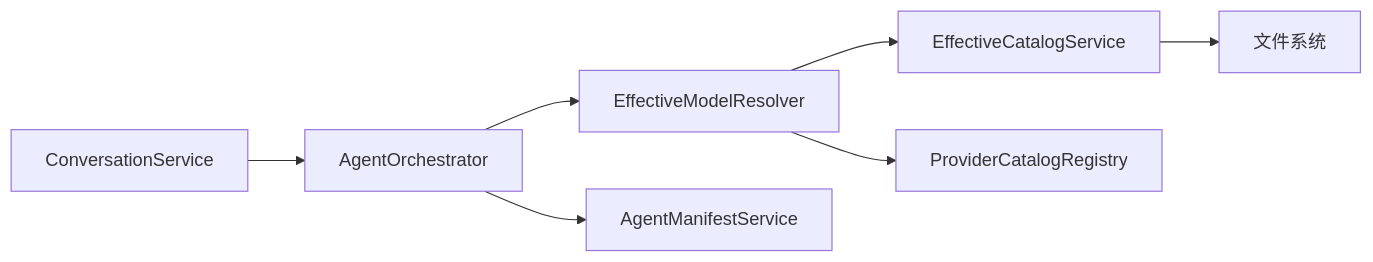
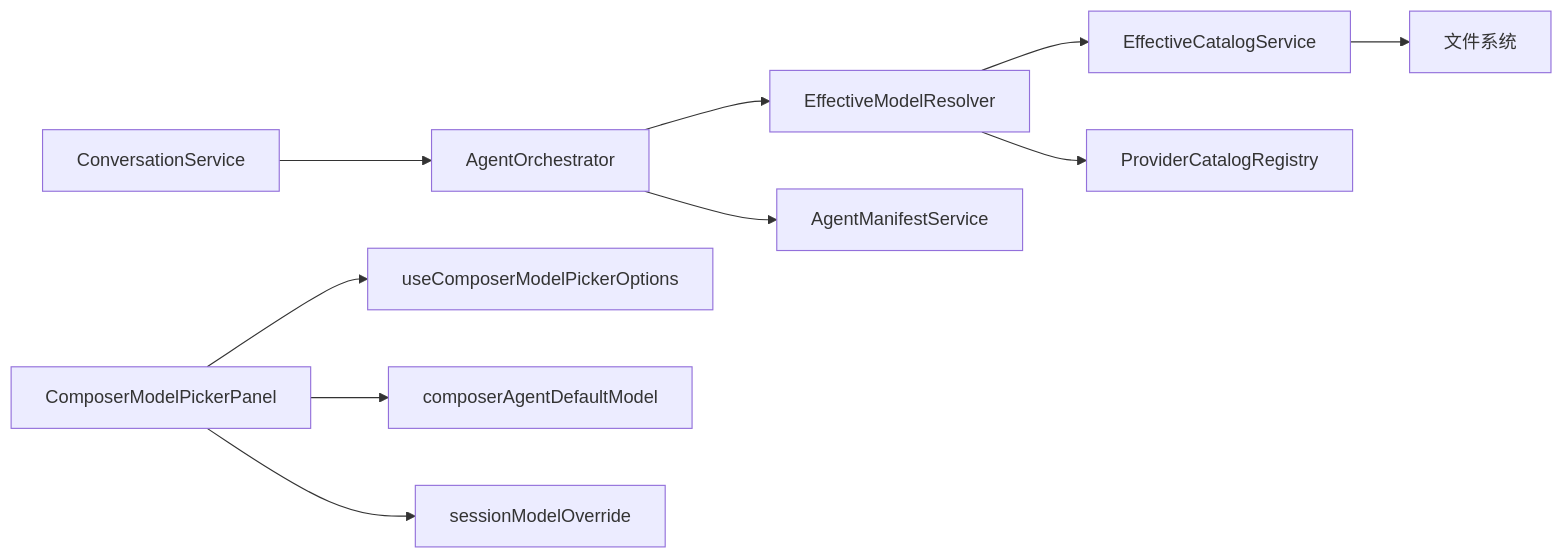
The tenth of 10 diagrams in .qoder/repowiki/zh/content/用户界面/对话编辑器/Agent 选择与配置.md (haolange/RDC-Agent), drawn with Mermaid before and after one commit. The commit also changed other lines of this file and 22 other files, not shown here.

````diff
--- a/.qoder/repowiki/zh/content/用户界面/对话编辑器/Agent 选择与配置.md
+++ b/.qoder/repowiki/zh/content/用户界面/对话编辑器/Agent 选择与配置.md
@@ -297,9 +353,12 @@
 ```mermaid
 graph LR
 CS["ConversationService"] --> AO["AgentOrchestrator"]
 AO --> EMR["EffectiveModelResolver"]
 AO --> AMS["AgentManifestService"]
 EMR --> ECS["EffectiveCatalogService"]
 EMR --> PCR["ProviderCatalogRegistry"]
 ECS --> FS["文件系统"]
+CMP["ComposerModelPickerPanel"] --> CMPO["useComposerModelPickerOptions"]
+CMP --> CAM["composerAgentDefaultModel"]
+CMP --> SMO["sessionModelOverride"]
 ```
````
